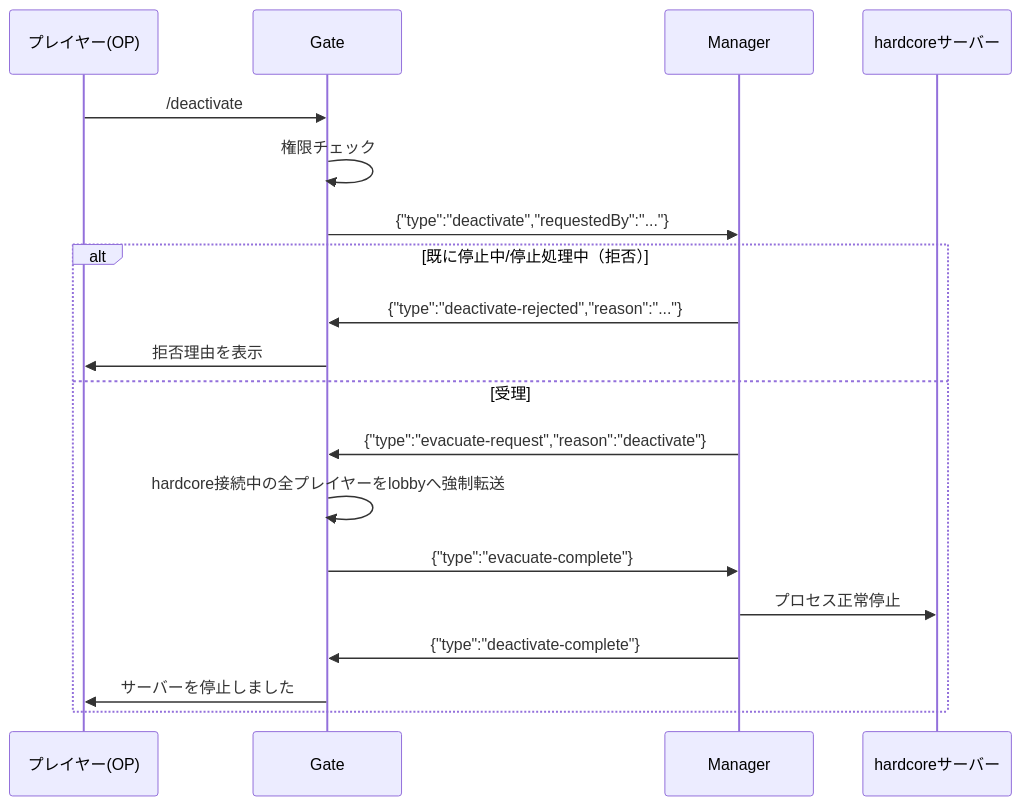
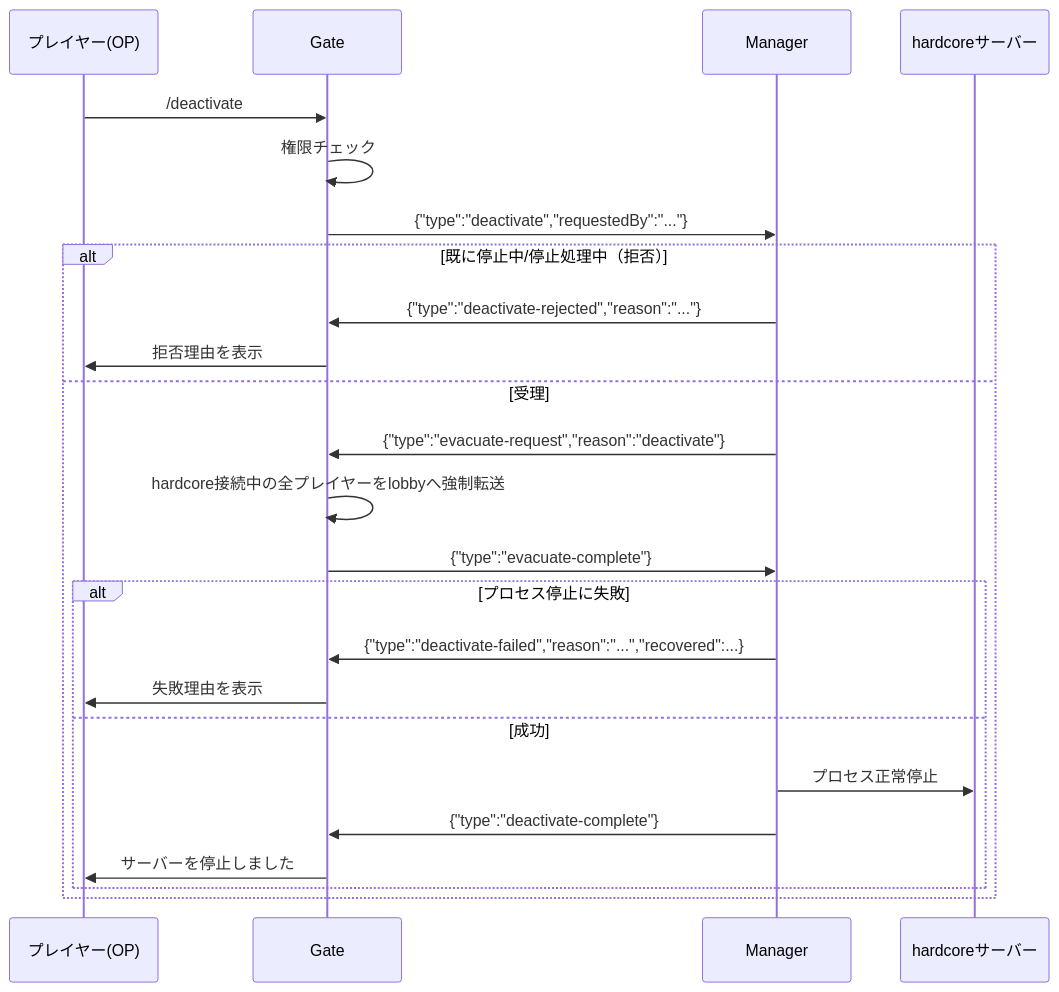
The fourth of 4 diagrams in docs/protocol-gate-manager.md (RayLight1732/hardcore-together-manager), drawn with Mermaid before and after one commit. The commit also changed other lines of this file and 2 other files, not shown here.

````diff
--- a/docs/protocol-gate-manager.md
+++ b/docs/protocol-gate-manager.md
@@ -295,22 +360,27 @@
 ```mermaid
 sequenceDiagram
     participant P as プレイヤー(OP)
     participant G as Gate
     participant M as Manager
     participant H as hardcoreサーバー
 
     P->>G: /deactivate
     G->>G: 権限チェック
     G->>M: {"type":"deactivate","requestedBy":"..."}
     alt 既に停止中/停止処理中（拒否）
         M->>G: {"type":"deactivate-rejected","reason":"..."}
         G->>P: 拒否理由を表示
     else 受理
         M->>G: {"type":"evacuate-request","reason":"deactivate"}
         G->>G: hardcore接続中の全プレイヤーをlobbyへ強制転送
         G->>M: {"type":"evacuate-complete"}
-        M->>H: プロセス正常停止
-        M->>G: {"type":"deactivate-complete"}
-        G->>P: サーバーを停止しました
+        alt プロセス停止に失敗
+            M->>G: {"type":"deactivate-failed","reason":"...","recovered":...}
+            G->>P: 失敗理由を表示
+        else 成功
+            M->>H: プロセス正常停止
+            M->>G: {"type":"deactivate-complete"}
+            G->>P: サーバーを停止しました
+        end
     end
 ```
````
